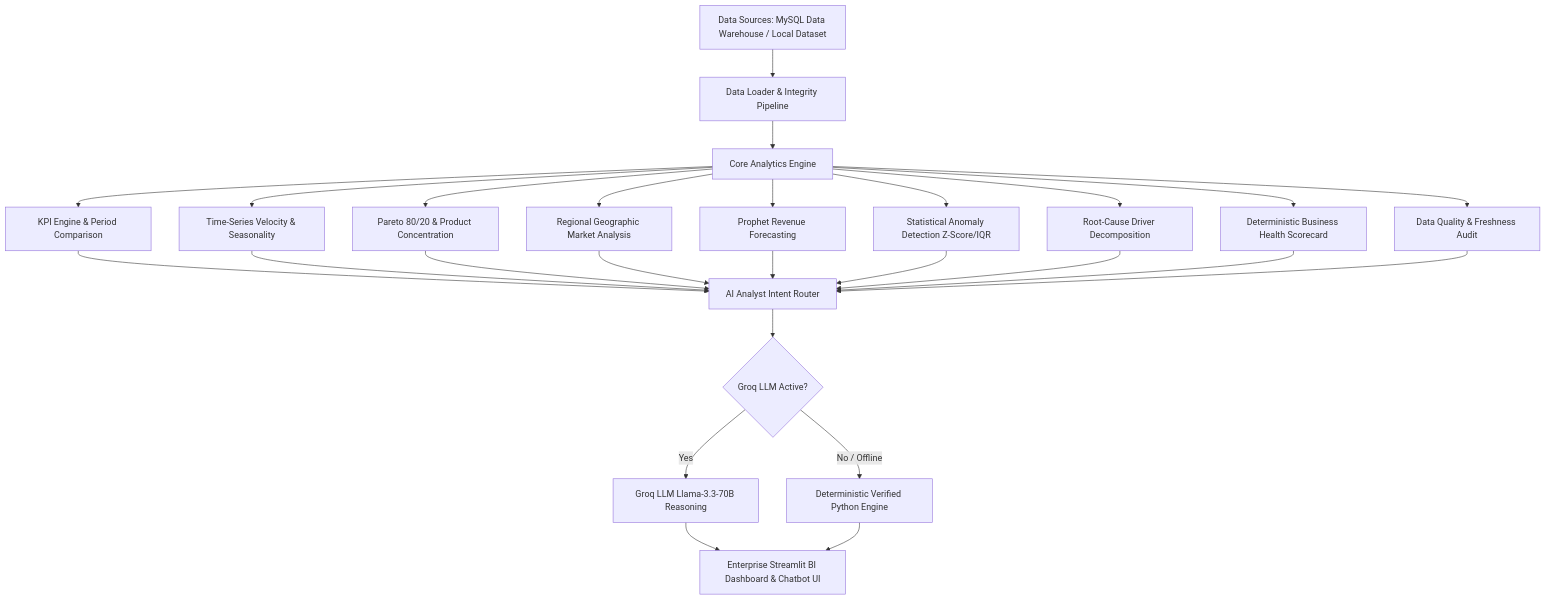
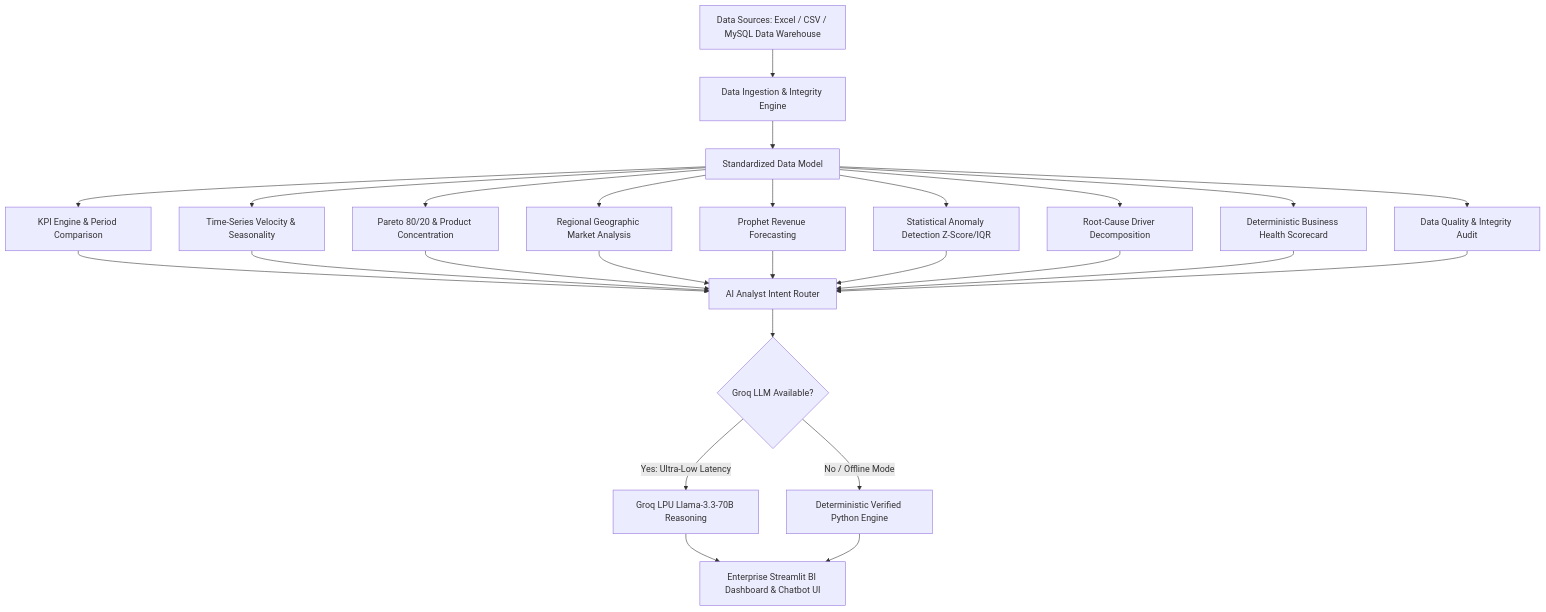
Before and after one commit to manasjadhav0086/AI-Business-KPI-recommendation-system: the diagram in README.md, drawn with Mermaid. The commit also changed other lines of this file and 7 other files, not shown here.

````diff
--- a/README.md
+++ b/README.md
@@ -25,23 +30,23 @@
 ```mermaid
 flowchart TD
-    A[Data Sources: MySQL Data Warehouse / Local Dataset] --> B[Data Loader & Integrity Pipeline]
-    B --> C[Core Analytics Engine]
+    A[Data Sources: Excel / CSV / MySQL Data Warehouse] --> B[Data Ingestion & Integrity Engine]
+    B --> C[Standardized Data Model]
     
     C --> D1[KPI Engine & Period Comparison]
     C --> D2[Time-Series Velocity & Seasonality]
     C --> D3[Pareto 80/20 & Product Concentration]
     C --> D4[Regional Geographic Market Analysis]
     C --> D5[Prophet Revenue Forecasting]
     C --> D6[Statistical Anomaly Detection Z-Score/IQR]
     C --> D7[Root-Cause Driver Decomposition]
     C --> D8[Deterministic Business Health Scorecard]
-    C --> D9[Data Quality & Freshness Audit]
+    C --> D9[Data Quality & Integrity Audit]
     
     D1 & D2 & D3 & D4 & D5 & D6 & D7 & D8 & D9 --> E[AI Analyst Intent Router]
     
-    E --> F{Groq LLM Active?}
-    F -->|Yes| G[Groq LLM Llama-3.3-70B Reasoning]
-    F -->|No / Offline| H[Deterministic Verified Python Engine]
+    E --> F{Groq LLM Available?}
+    F -->|Yes: Ultra-Low Latency| G[Groq LPU Llama-3.3-70B Reasoning]
+    F -->|No / Offline Mode| H[Deterministic Verified Python Engine]
     
     G & H --> I[Enterprise Streamlit BI Dashboard & Chatbot UI]
 ```
````
